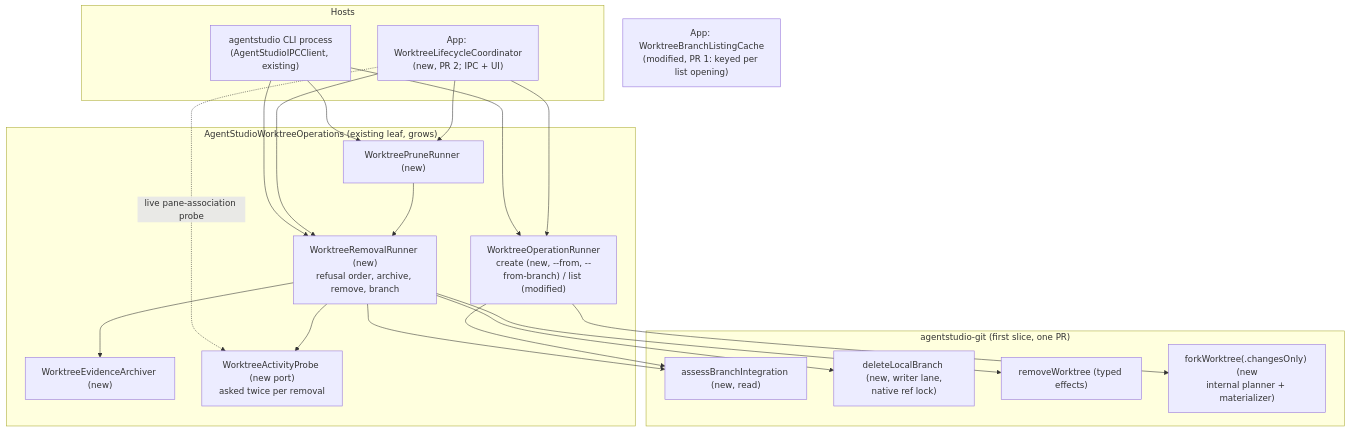
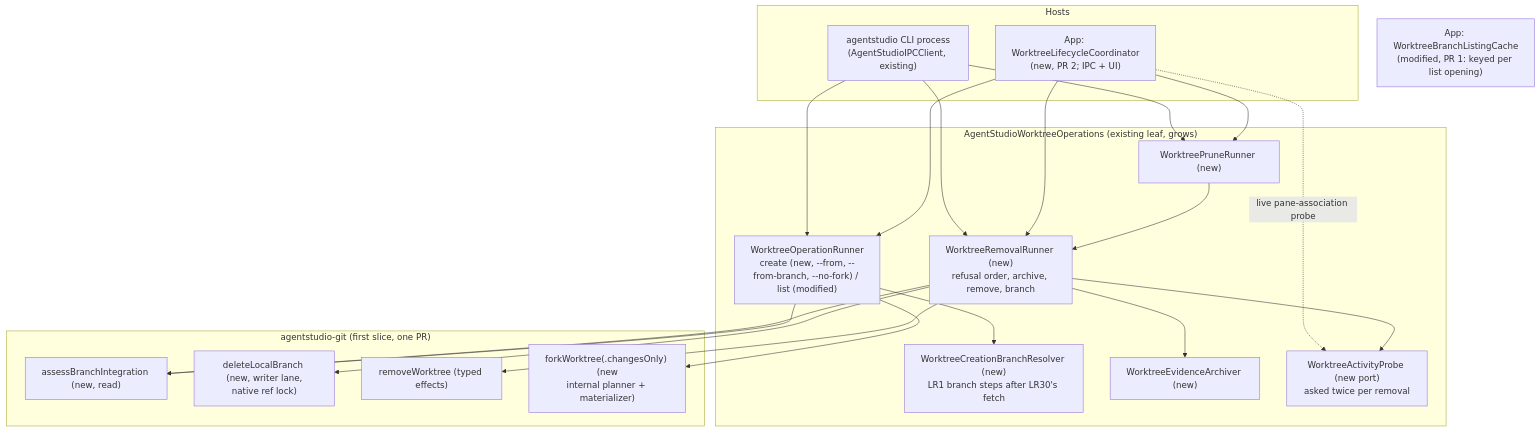
The first of 10 diagrams in docs/specs/2026-09-30-worktree-lifecycle/2026-09-30-worktree-lifecycle-program-design.md (getagentstudio/agentstudio), drawn with Mermaid before and after one commit. The commit also changed other lines of this file and 2 other files, not shown here.

First line of the commit message:
Specify the creation follow-up: copy the source, then set the branch

````diff
--- a/docs/specs/2026-09-30-worktree-lifecycle/2026-09-30-worktree-lifecycle-program-design.md
+++ b/docs/specs/2026-09-30-worktree-lifecycle/2026-09-30-worktree-lifecycle-program-design.md
@@ -33,27 +33,28 @@
 ```mermaid
 flowchart TB
   subgraph Hosts
     CLI["agentstudio CLI process<br/>(AgentStudioIPCClient, existing)"]
     APPX["App: WorktreeLifecycleCoordinator<br/>(new, PR 2; IPC + UI)"]
   end
   subgraph Leaf["AgentStudioWorktreeOperations (existing leaf, grows)"]
-    RUN["WorktreeOperationRunner<br/>create (new, --from, --from-branch) / list (modified)"]
+    RUN["WorktreeOperationRunner<br/>create (new, --from, --from-branch, --no-fork) / list (modified)"]
+    BRR["WorktreeCreationBranchResolver (new)<br/>LR1 branch steps after LR30's fetch"]
     REM["WorktreeRemovalRunner (new)<br/>refusal order, archive, remove, branch"]
     PRU["WorktreePruneRunner (new)"]
     ARC["WorktreeEvidenceArchiver (new)"]
     ACT["WorktreeActivityProbe (new port)<br/>asked twice per removal"]
   end
   subgraph SDK["agentstudio-git (first slice, one PR)"]
     INT["assessBranchIntegration (new, read)"]
     DEL["deleteLocalBranch (new, writer lane,<br/>native ref lock)"]
     RMV["removeWorktree (typed effects)"]
     FRK["forkWorktree(.changesOnly) (new<br/>internal planner + materializer)"]
   end
   CLI --> RUN & REM & PRU
   APPX --> RUN & REM & PRU
   APPX -. "live pane-association probe" .-> ACT
   REM --> ARC & ACT & INT & RMV & DEL
   PRU --> REM
-  RUN --> INT & FRK
+  RUN --> INT & FRK & BRR
   BL["App: WorktreeBranchListingCache<br/>(modified, PR 1: keyed per list opening)"]
 ```
````
